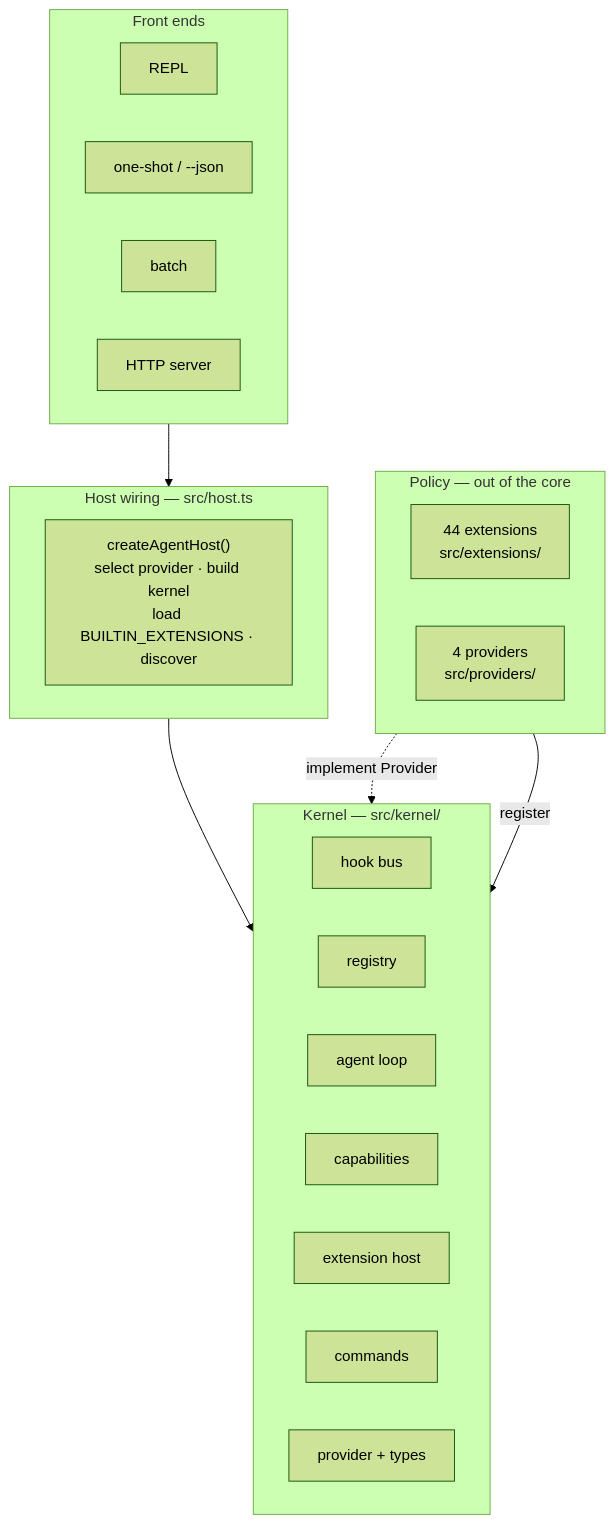
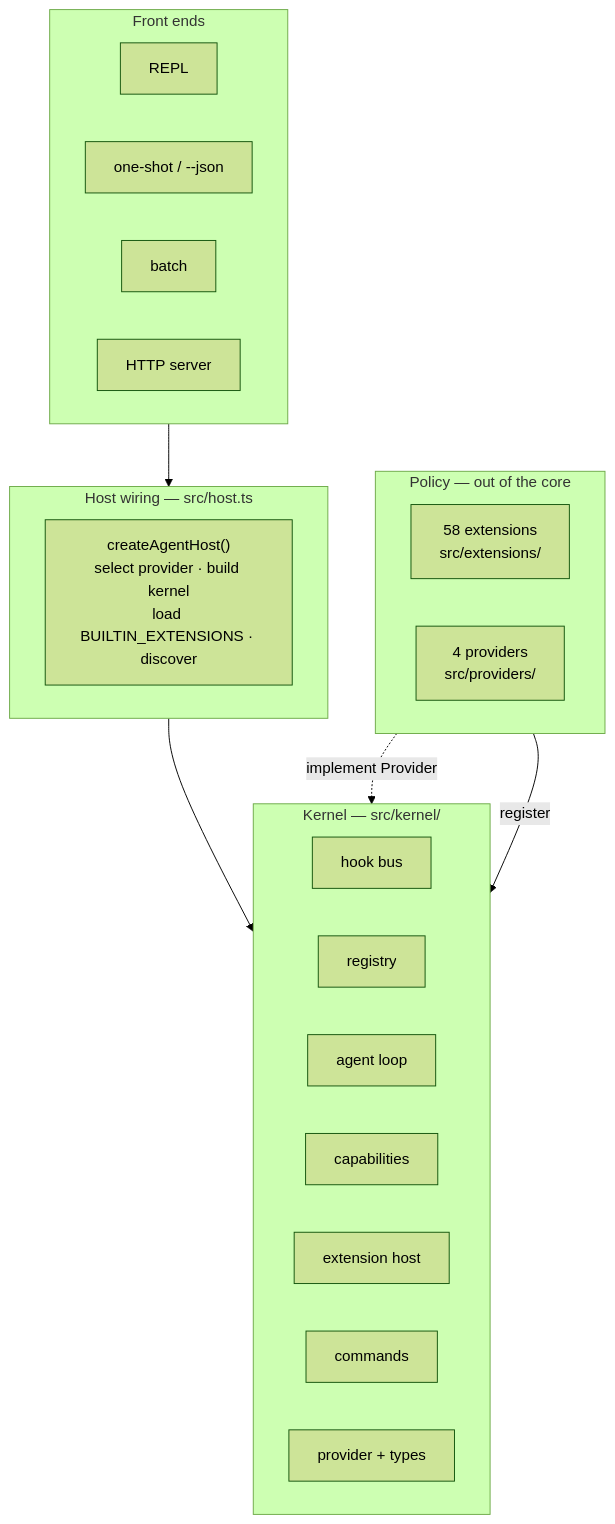
Before and after one commit to caohaotiantian/EAgent: the first of 10 diagrams in ARCHITECTURE.md, drawn with Mermaid (forest theme). The commit also changed other lines of this file and 10 other files, not shown here.

````diff
--- a/ARCHITECTURE.md
+++ b/ARCHITECTURE.md
@@ -27,32 +27,32 @@
 ```mermaid
 flowchart TB
     subgraph L4["Front ends"]
         direction LR
         REPL["REPL"]
         ONE["one-shot / --json"]
         BATCH["batch"]
         HTTP["HTTP server"]
     end
     subgraph L3["Host wiring — src/host.ts"]
         HOST["createAgentHost()<br/>select provider · build kernel<br/>load BUILTIN_EXTENSIONS · discover"]
     end
     subgraph L2["Kernel — src/kernel/"]
         direction LR
         HOOKS["hook bus"]
         REG["registry"]
         LOOP["agent loop"]
         CAPS["capabilities"]
         EXT["extension host"]
         CMD["commands"]
         TYPES["provider + types"]
     end
     subgraph L1["Policy — out of the core"]
         direction LR
-        EXTS["44 extensions<br/>src/extensions/"]
+        EXTS["58 extensions<br/>src/extensions/"]
         PROVS["4 providers<br/>src/providers/"]
     end
 
     L4 --> L3 --> L2
     EXTS -->|register| L2
     PROVS -.->|implement Provider| TYPES
 ```
````
